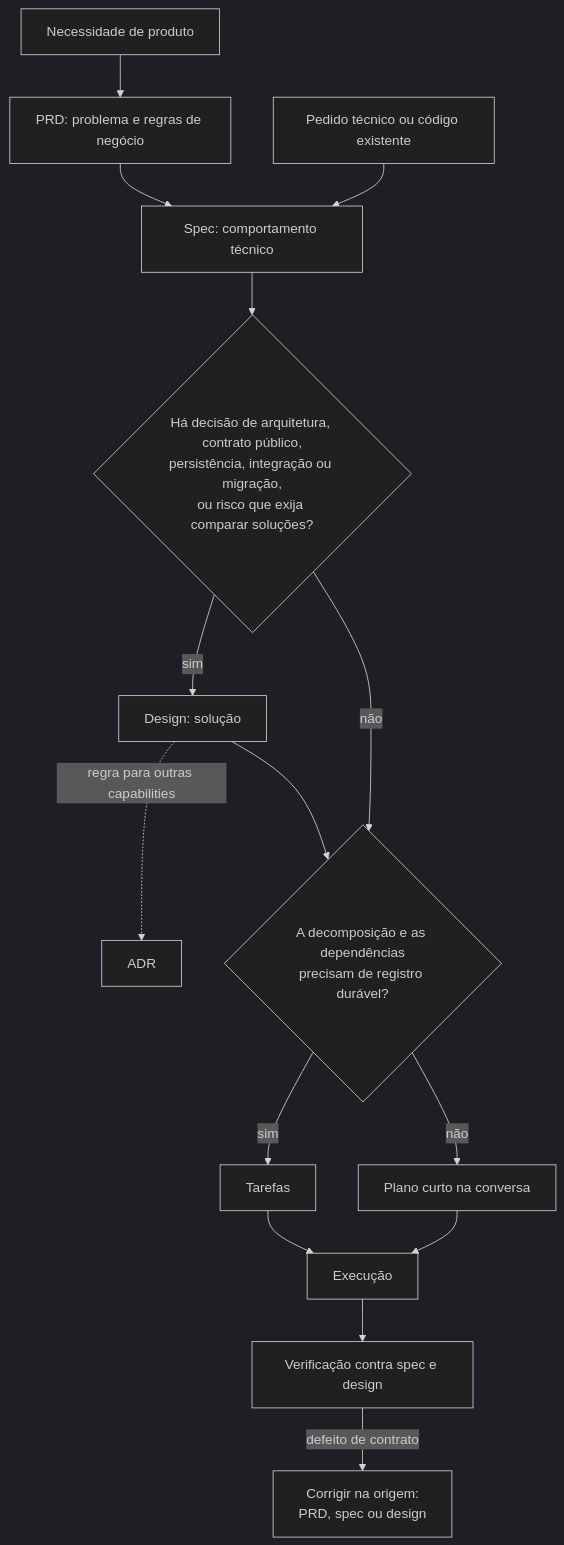
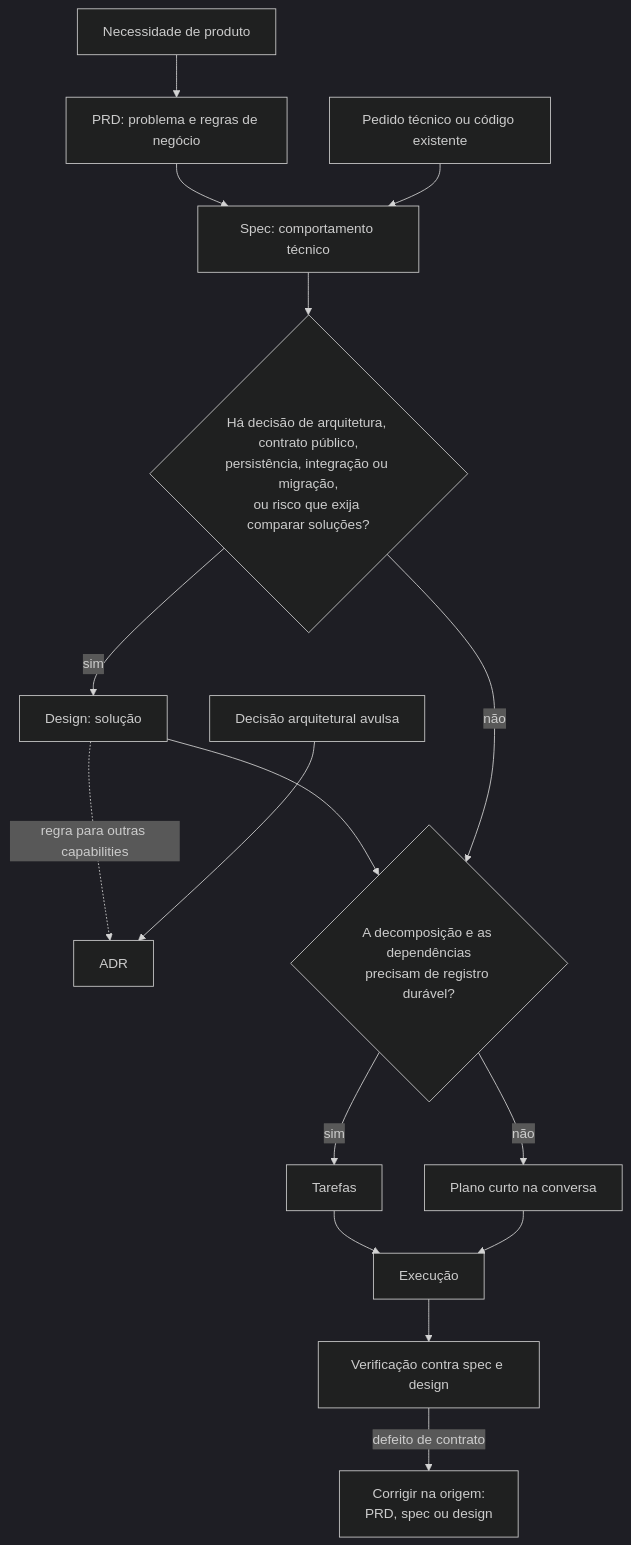
Before and after one commit to guilhermesalvi/ai-skills: the diagram in plugins/ai-skills/skills/sdd/SKILL.md, drawn with Mermaid (dark theme). The commit also changed other lines of this file and 1 other file, not shown here.

````diff
--- a/plugins/ai-skills/skills/sdd/SKILL.md
+++ b/plugins/ai-skills/skills/sdd/SKILL.md
@@ -10,17 +10,18 @@
 ```mermaid
 flowchart TD
     Need[Necessidade de produto] --> PRD[PRD: problema e regras de negócio]
     PRD --> Spec[Spec: comportamento técnico]
     Source[Pedido técnico ou código existente] --> Spec
     Spec --> NeedDesign{Há decisão de arquitetura, contrato público,<br/>persistência, integração ou migração,<br/>ou risco que exija comparar soluções?}
     NeedDesign -- sim --> Design[Design: solução]
     Design -. regra para outras capabilities .-> ADR[ADR]
+    Decision[Decisão arquitetural avulsa] --> ADR
     Design --> NeedTasks
     NeedDesign -- não --> NeedTasks{A decomposição e as dependências<br/>precisam de registro durável?}
     NeedTasks -- sim --> Tasks[Tarefas]
     NeedTasks -- não --> Plan[Plano curto na conversa]
     Tasks --> Execute[Execução]
     Plan --> Execute
     Execute --> Verify[Verificação contra spec e design]
     Verify -- defeito de contrato --> Fix[Corrigir na origem:<br/>PRD, spec ou design]
 ```
````
